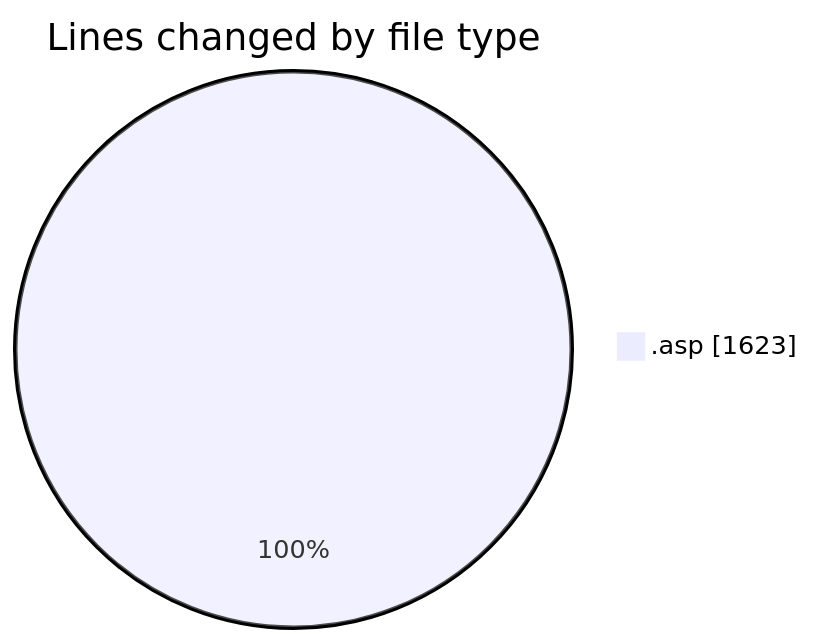
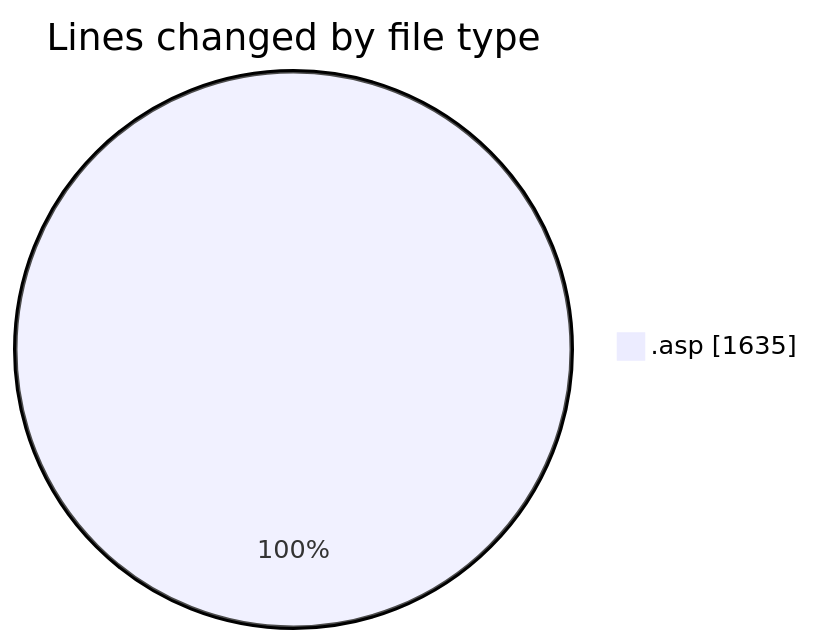
The first of 2 diagrams in 2025-11-05/cdp_aleoudev_fr__workspace_/README.md (julien-gomy/code-tracking), drawn with Mermaid before and after one commit. The commit also changed other lines of this file and 1 other file, not shown here.

````diff
--- a/2025-11-05/cdp_aleoudev_fr__workspace_/README.md
+++ b/2025-11-05/cdp_aleoudev_fr__workspace_/README.md
@@ -21,5 +21,5 @@
 ```mermaid
 pie showData
 title Lines changed by file type
-".asp" : 1623
+".asp" : 1635
 ```
````
